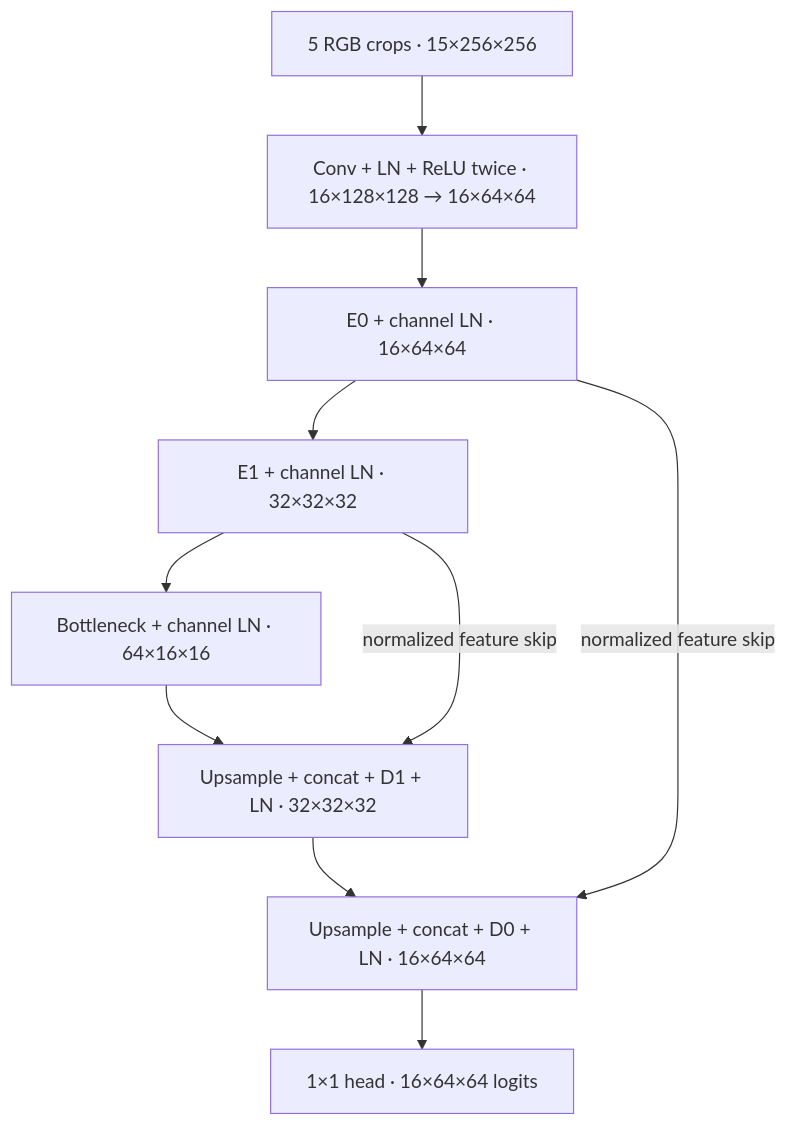
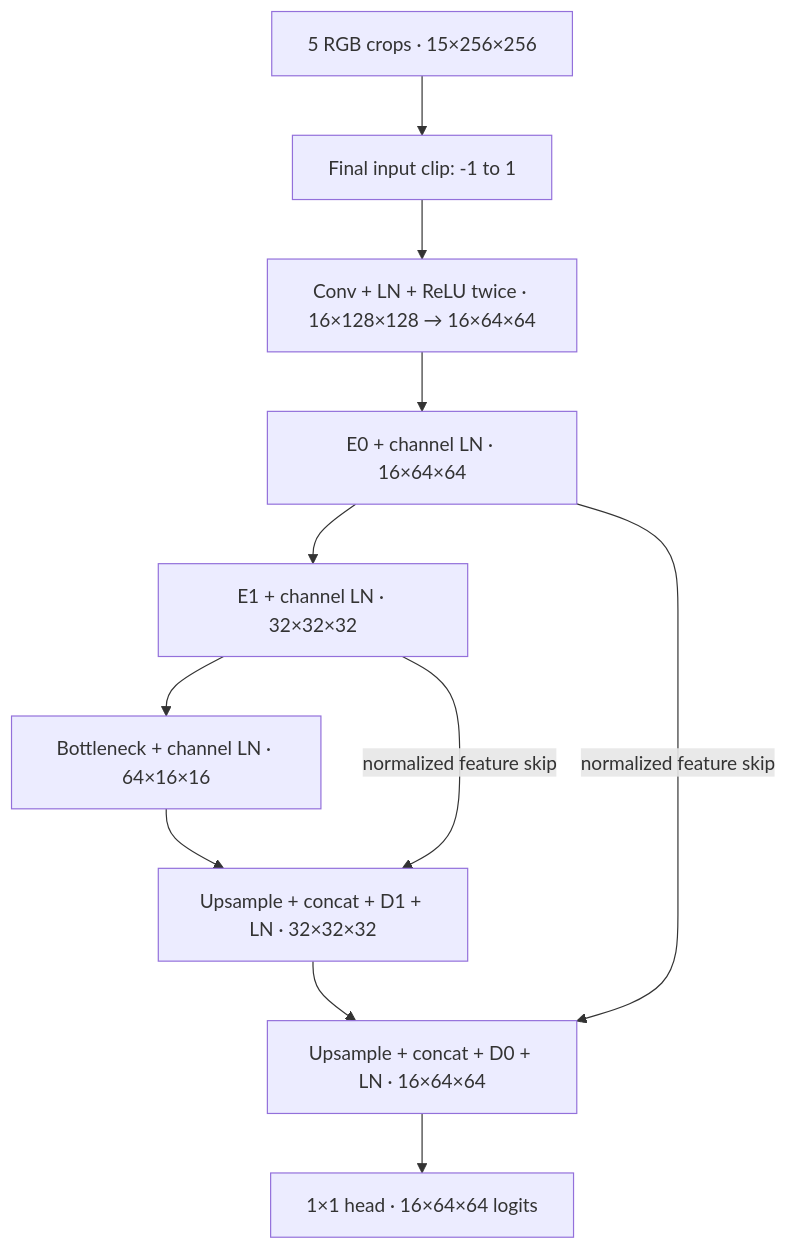
One commit to magnux/neural_cryptography changed the third of 3 diagrams in docs/OPTICAL_DECODER.md. Above: the diagram before and after it, drawn with Mermaid. The commit also changed other lines of this file and 18 other files, not shown here.

First line of the commit message:
Implement normalized compact decoder and consistent final input clipping

````diff
--- a/docs/OPTICAL_DECODER.md
+++ b/docs/OPTICAL_DECODER.md
@@ -114,12 +120,13 @@
 ```mermaid
 flowchart TD
-  I["5 RGB crops · 15×256×256"] --> S["Conv + LN + ReLU twice · 16×128×128 → 16×64×64"]
+  I["5 RGB crops · 15×256×256"] --> C["Final input clip: -1 to 1"]
+  C --> S["Conv + LN + ReLU twice · 16×128×128 → 16×64×64"]
   S --> E0["E0 + channel LN · 16×64×64"]
   E0 --> E1["E1 + channel LN · 32×32×32"]
   E1 --> B["Bottleneck + channel LN · 64×16×16"]
   B --> D1["Upsample + concat + D1 + LN · 32×32×32"]
   E1 -->|normalized feature skip| D1
   D1 --> D0["Upsample + concat + D0 + LN · 16×64×64"]
   E0 -->|normalized feature skip| D0
   D0 --> H["1×1 head · 16×64×64 logits"]
 ```
````
